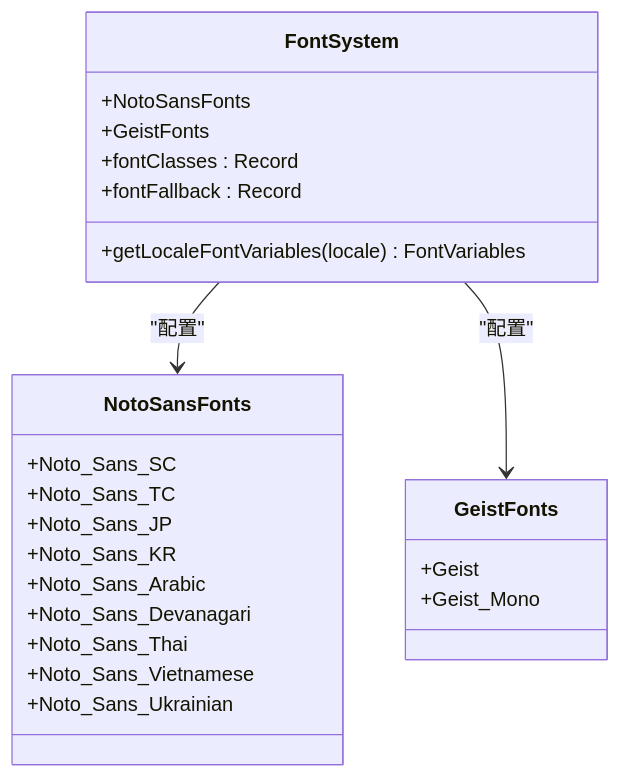
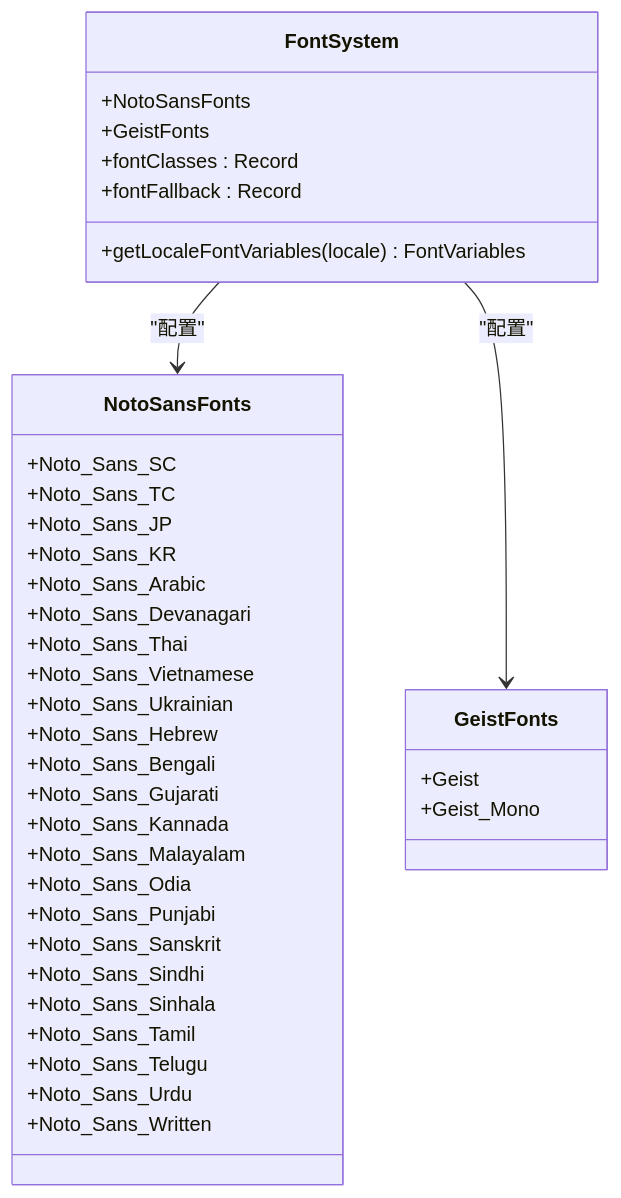
The fourth of 13 diagrams in .qoder/repowiki/zh/content/技术架构/国际化系统.md (sgyy/privadeck), drawn with Mermaid before and after one commit. The commit also changed other lines of this file and 3 other files, not shown here.

````diff
--- a/.qoder/repowiki/zh/content/技术架构/国际化系统.md
+++ b/.qoder/repowiki/zh/content/技术架构/国际化系统.md
@@ -301,27 +338,41 @@
 ```mermaid
 classDiagram
 class FontSystem {
 +getLocaleFontVariables(locale) FontVariables
 +NotoSansFonts
 +GeistFonts
 +fontClasses : Record<Locale, string>
 +fontFallback : Record<Locale, string>
 }
 class NotoSansFonts {
 +Noto_Sans_SC
 +Noto_Sans_TC
 +Noto_Sans_JP
 +Noto_Sans_KR
 +Noto_Sans_Arabic
 +Noto_Sans_Devanagari
 +Noto_Sans_Thai
 +Noto_Sans_Vietnamese
 +Noto_Sans_Ukrainian
++Noto_Sans_Hebrew
++Noto_Sans_Bengali
++Noto_Sans_Gujarati
++Noto_Sans_Kannada
++Noto_Sans_Malayalam
++Noto_Sans_Odia
++Noto_Sans_Punjabi
++Noto_Sans_Sanskrit
++Noto_Sans_Sindhi
++Noto_Sans_Sinhala
++Noto_Sans_Tamil
++Noto_Sans_Telugu
++Noto_Sans_Urdu
++Noto_Sans_Written
 }
 class GeistFonts {
 +Geist
 +Geist_Mono
 }
 FontSystem --> NotoSansFonts : "配置"
 FontSystem --> GeistFonts : "配置"
 ```
````
